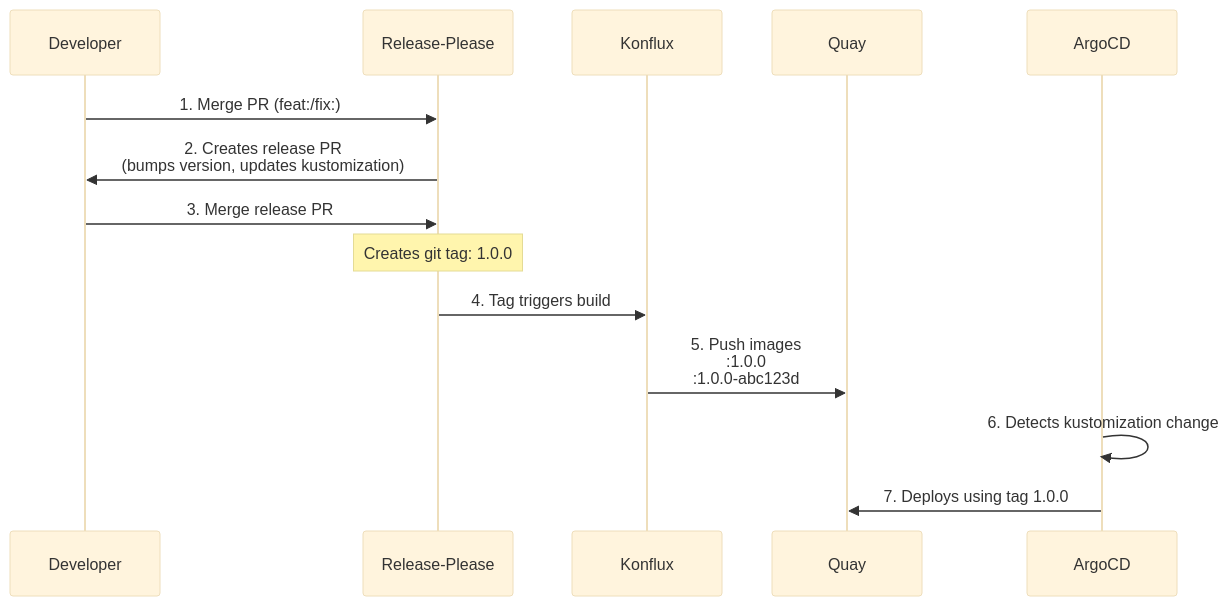
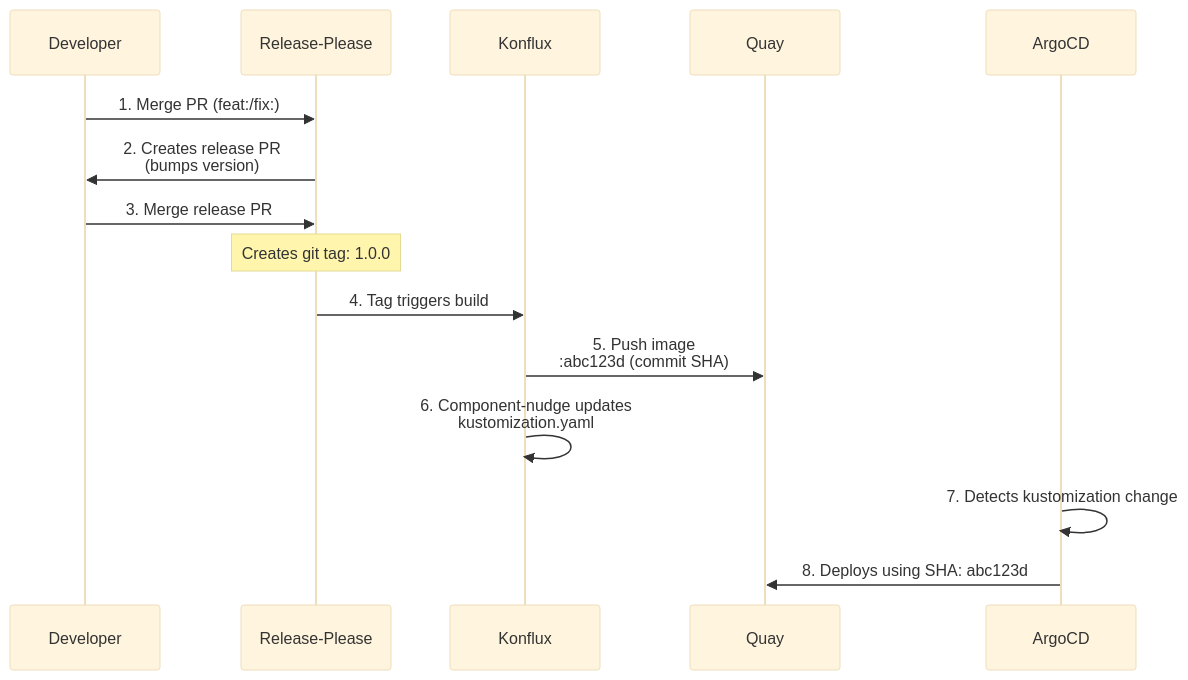
Before and after one commit to openshift-hyperfleet/kartograph: the diagram in deploy/README.md, drawn with Mermaid (base theme). The commit also changed other lines of this file and 1 other file, not shown here.

First line of the commit message:
ci: use konflux component nudge instead of release-please (#118)

````diff
--- a/deploy/README.md
+++ b/deploy/README.md
@@ -5,17 +5,18 @@
 ```mermaid
 sequenceDiagram
     participant Dev as Developer
     participant RP as Release-Please
     participant K as Konflux
     participant Q as Quay
     participant A as ArgoCD
 
     Dev->>RP: 1. Merge PR (feat:/fix:)
-    RP->>Dev: 2. Creates release PR<br/>(bumps version, updates kustomization)
+    RP->>Dev: 2. Creates release PR<br/>(bumps version)
     Dev->>RP: 3. Merge release PR
     Note over RP: Creates git tag: 1.0.0
     RP->>K: 4. Tag triggers build
-    K->>Q: 5. Push images<br/>:1.0.0<br/>:1.0.0-abc123d
-    A->>A: 6. Detects kustomization change
-    A->>Q: 7. Deploys using tag 1.0.0
+    K->>Q: 5. Push image<br/>:abc123d (commit SHA)
+    K->>K: 6. Component-nudge updates<br/>kustomization.yaml
+    A->>A: 7. Detects kustomization change
+    A->>Q: 8. Deploys using SHA: abc123d
 ```
````
